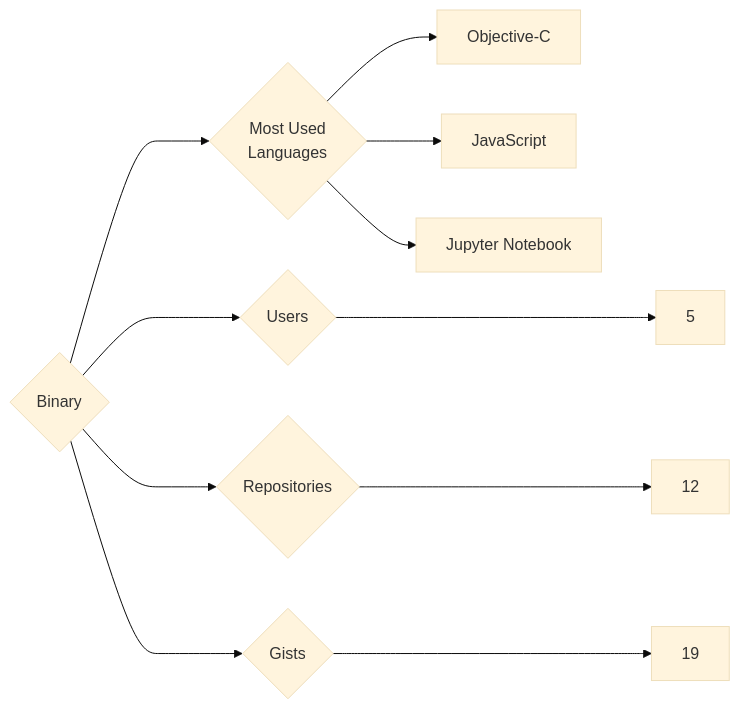
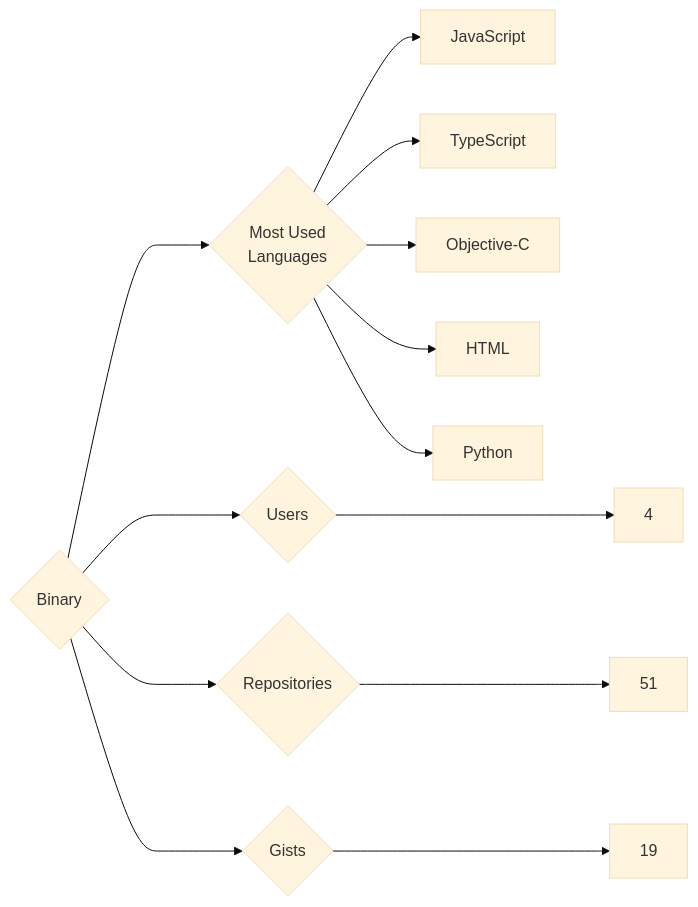
The diagram in targets/Binary/README.md (trickest/insiders), drawn with Mermaid (base theme) before and after one commit. The commit also changed 938 other files, not shown here.

````diff
--- a/targets/Binary/README.md
+++ b/targets/Binary/README.md
@@ -3,11 +3,13 @@
 ```mermaid
 graph LR
 COMPANY_NAME{Binary}
-COMPANY_NAME ---> U{Users} ---> UN[5]
-COMPANY_NAME ---> R{Repositories} ---> RN[12]
+COMPANY_NAME ---> U{Users} ---> UN[4]
+COMPANY_NAME ---> R{Repositories} ---> RN[51]
 COMPANY_NAME ---> G{Gists} ---> GN[19]
 COMPANY_NAME ---> ML{Most Used<br>Languages}
+ML --> JavaScript[JavaScript]
+ML --> TypeScript[TypeScript]
 ML --> Objective-C[Objective-C]
-ML --> JavaScript[JavaScript]
-ML --> Jupyter_Notebook[Jupyter Notebook]
+ML --> HTML[HTML]
+ML --> Python[Python]
 ```
````
